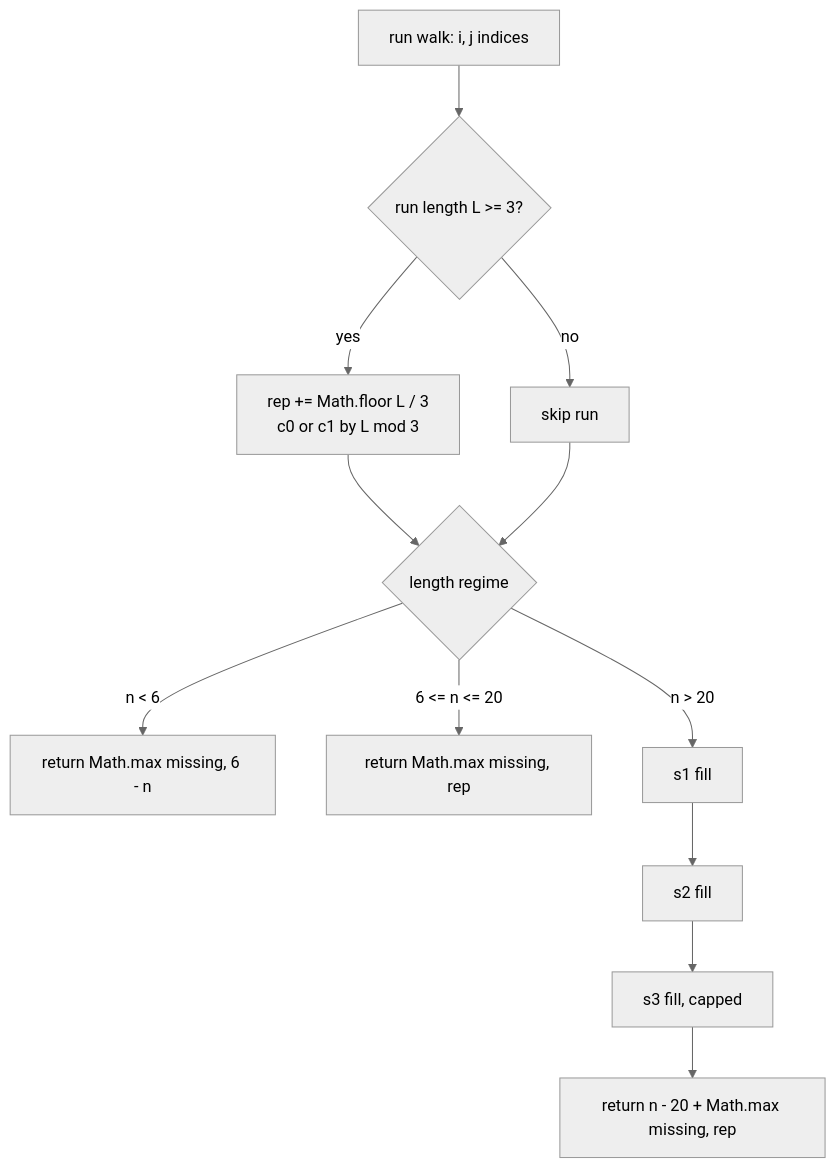
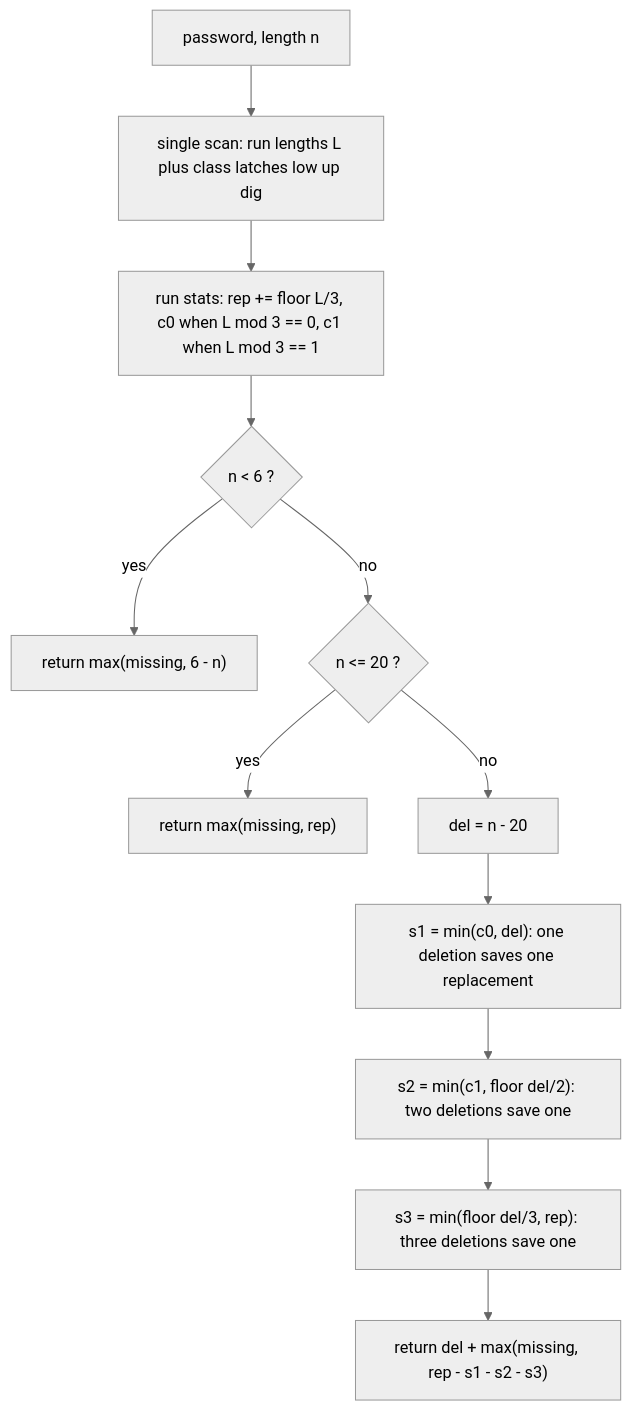
Before and after one commit to taro902/Leetcode-Solution: the diagram in Problem/420-strong-password-checker /JavaScript/README.md, drawn with Mermaid (neutral theme). The commit also changed other lines of this file, not shown here.

````diff
--- a/Problem/420-strong-password-checker /JavaScript/README.md
+++ b/Problem/420-strong-password-checker /JavaScript/README.md
@@ -77,14 +84,14 @@
 ```mermaid
 flowchart TD
-    A[run walk: i, j indices] --> B{run length L >= 3?}
-    B -- yes --> C[rep += Math.floor L / 3<br/>c0 or c1 by L mod 3]
-    B -- no --> D[skip run]
-    C --> E{length regime}
-    D --> E
-    E -- n < 6 --> F[return Math.max missing, 6 - n]
-    E -- 6 <= n <= 20 --> G[return Math.max missing, rep]
-    E -- n > 20 --> H[s1 fill]
-    H --> I2[s2 fill]
-    I2 --> J[s3 fill, capped]
-    J --> K[return n - 20 + Math.max missing, rep]
+    A["password, length n"] --> B["single scan: run lengths L plus class latches low up dig"]
+    B --> C["run stats: rep += floor L/3, c0 when L mod 3 == 0, c1 when L mod 3 == 1"]
+    C --> D{"n < 6 ?"}
+    D -- yes --> E["return max(missing, 6 - n)"]
+    D -- no --> F{"n <= 20 ?"}
+    F -- yes --> G["return max(missing, rep)"]
+    F -- no --> H["del = n - 20"]
+    H --> I["s1 = min(c0, del): one deletion saves one replacement"]
+    I --> J["s2 = min(c1, floor del/2): two deletions save one"]
+    J --> K["s3 = min(floor del/3, rep): three deletions save one"]
+    K --> L["return del + max(missing, rep - s1 - s2 - s3)"]
 ```
````
